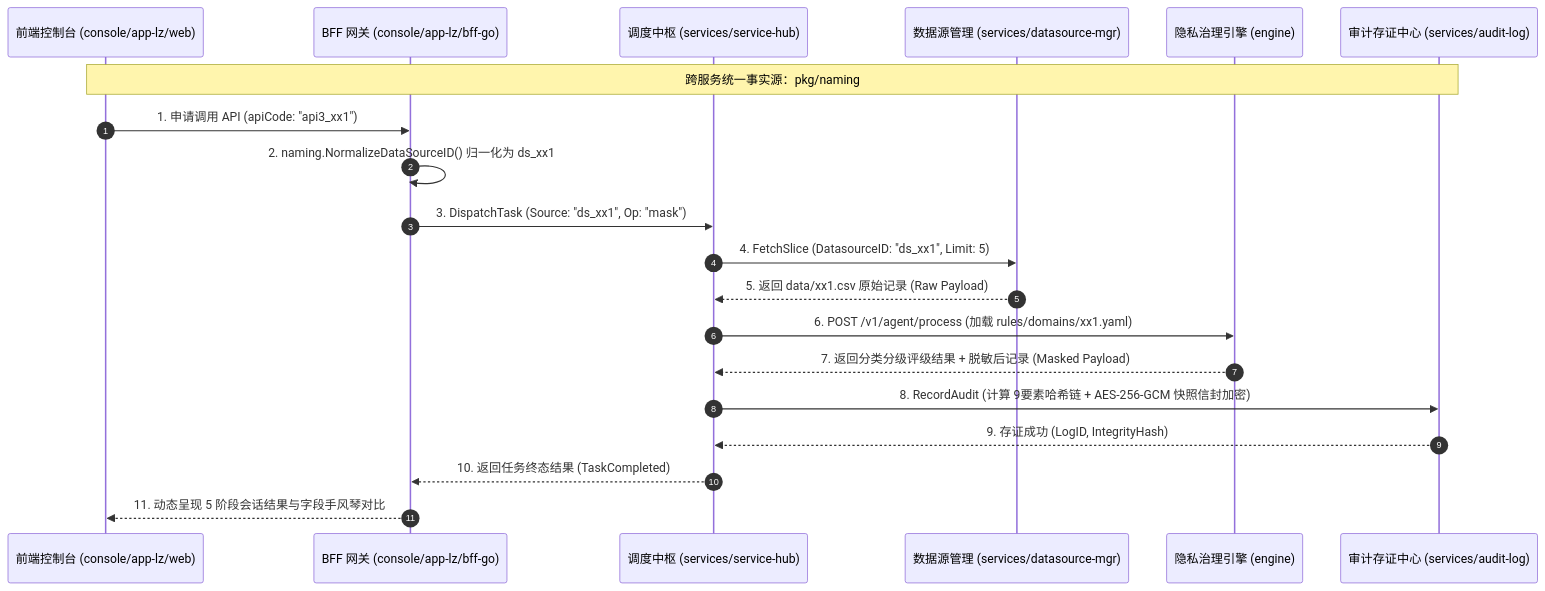
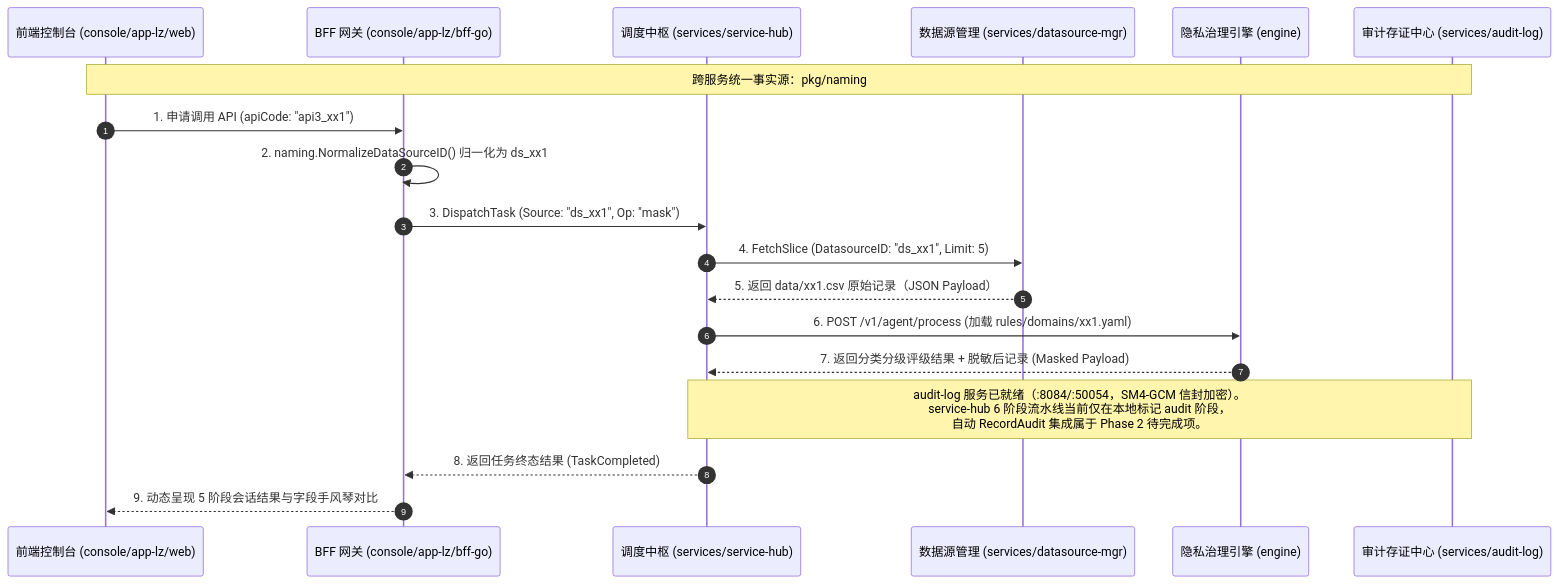
Before and after one commit to fengzhizi319/PrivShield: the first of 2 diagrams in docs/architecture/new_api_design.md, drawn with Mermaid. The commit also changed other lines of this file and 6 other files, not shown here.

First line of the commit message:
docs(architecture): sync all architecture docs with current codebase

````diff
--- a/docs/architecture/new_api_design.md
+++ b/docs/architecture/new_api_design.md
@@ -58,23 +76,22 @@
 ```mermaid
 sequenceDiagram
     autonumber
     participant UI as 前端控制台 (console/app-lz/web)
     participant BFF as BFF 网关 (console/app-lz/bff-go)
     participant Hub as 调度中枢 (services/service-hub)
     participant DSMgr as 数据源管理 (services/datasource-mgr)
     participant Engine as 隐私治理引擎 (engine)
     participant Audit as 审计存证中心 (services/audit-log)
 
     Note over UI,Audit: 跨服务统一事实源：pkg/naming
     UI->>BFF: 1. 申请调用 API (apiCode: "api3_xx1")
     BFF->>BFF: 2. naming.NormalizeDataSourceID() 归一化为 ds_xx1
     BFF->>Hub: 3. DispatchTask (Source: "ds_xx1", Op: "mask")
     Hub->>DSMgr: 4. FetchSlice (DatasourceID: "ds_xx1", Limit: 5)
-    DSMgr-->>Hub: 5. 返回 data/xx1.csv 原始记录 (Raw Payload)
+    DSMgr-->>Hub: 5. 返回 data/xx1.csv 原始记录（JSON Payload）
     Hub->>Engine: 6. POST /v1/agent/process (加载 rules/domains/xx1.yaml)
     Engine-->>Hub: 7. 返回分类分级评级结果 + 脱敏后记录 (Masked Payload)
-    Hub->>Audit: 8. RecordAudit (计算 9要素哈希链 + AES-256-GCM 快照信封加密)
-    Audit-->>Hub: 9. 存证成功 (LogID, IntegrityHash)
-    Hub-->>BFF: 10. 返回任务终态结果 (TaskCompleted)
-    BFF-->>UI: 11. 动态呈现 5 阶段会话结果与字段手风琴对比
+    Note over Hub,Audit: audit-log 服务已就绪（:8084/:50054，SM4-GCM 信封加密）。<br/>service-hub 6 阶段流水线当前仅在本地标记 audit 阶段，<br/>自动 RecordAudit 集成属于 Phase 2 待完成项。
+    Hub-->>BFF: 8. 返回任务终态结果 (TaskCompleted)
+    BFF-->>UI: 9. 动态呈现 5 阶段会话结果与字段手风琴对比
 ```
````
